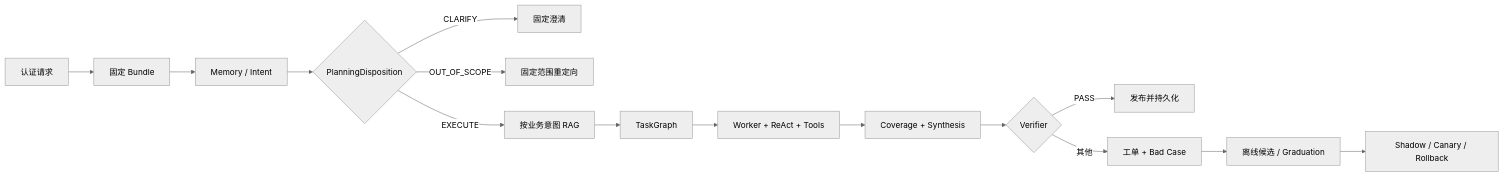
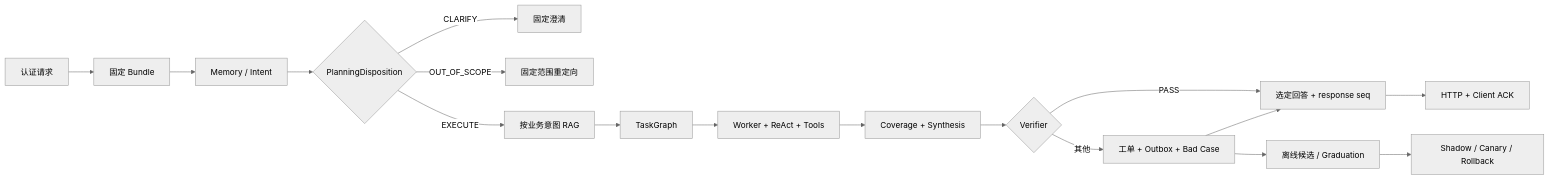
One commit to Garrulus21yyx/DialogPilot changed the diagram in docs/project-pitch.md. Above: the diagram before and after it, drawn with Mermaid (neutral theme). The commit also changed other lines of this file and 13 other files, not shown here.

````diff
--- a/docs/project-pitch.md
+++ b/docs/project-pitch.md
@@ -48,17 +49,19 @@
 ```mermaid
 flowchart LR
     A[认证请求] --> B[固定 Bundle]
     B --> C[Memory / Intent]
     C --> P{PlanningDisposition}
     P -->|CLARIFY| Q[固定澄清]
     P -->|OUT_OF_SCOPE| O[固定范围重定向]
     P -->|EXECUTE| R[按业务意图 RAG]
     R --> D[TaskGraph]
     D --> E[Worker + ReAct + Tools]
     E --> F[Coverage + Synthesis]
     F --> G{Verifier}
-    G -->|PASS| H[发布并持久化]
-    G -->|其他| I[工单 + Bad Case]
+    G -->|PASS| H[选定回答 + response seq]
+    G -->|其他| I[工单 + Outbox + Bad Case]
+    H --> A1[HTTP + Client ACK]
+    I --> H
     I --> J[离线候选 / Graduation]
     J --> K[Shadow / Canary / Rollback]
 ```
````
